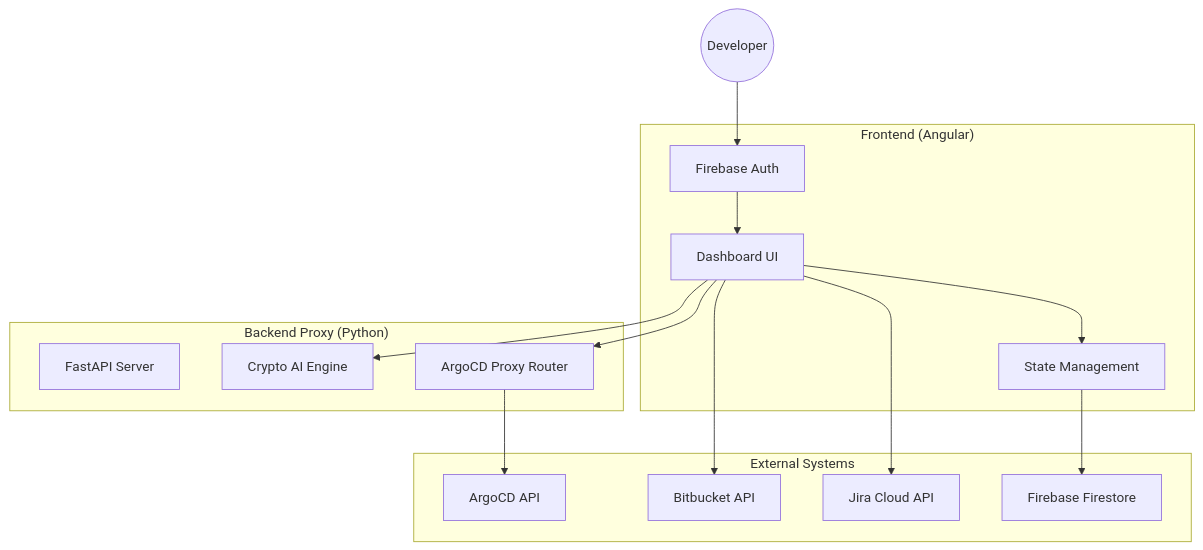
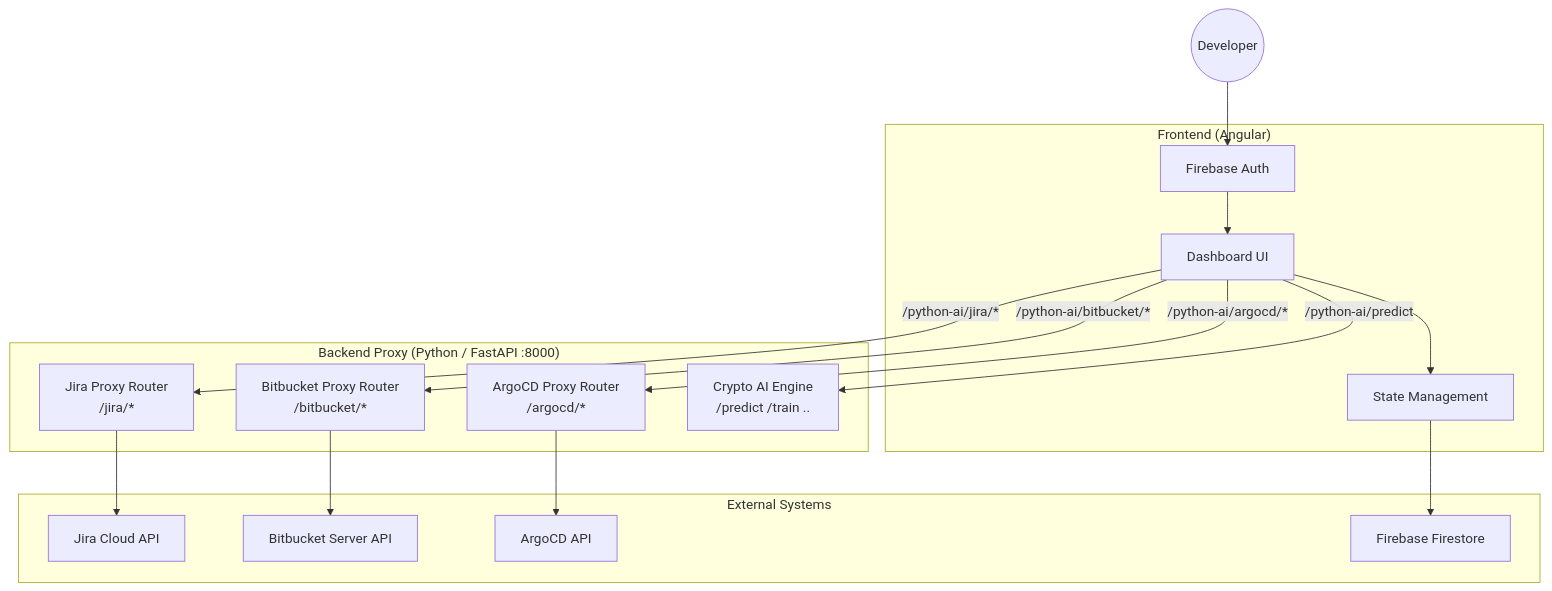
One commit to Sharma-PS-MT/dev-helper changed the diagram in README.md. Above: the diagram before and after it, drawn with Mermaid. The commit also changed other lines of this file and 9 other files, not shown here.

Commit message:
bitbucket and jira moved to python folder

````diff
--- a/README.md
+++ b/README.md
@@ -127,39 +127,39 @@
 ```mermaid
 graph TD
     User((Developer))
     
     subgraph "Frontend (Angular)"
         UI[Dashboard UI]
         Auth[Firebase Auth]
         Store[State Management]
     end
     
-    subgraph "Backend Proxy (Python)"
-        FastAPI[FastAPI Server]
-        ArgoProxy[ArgoCD Proxy Router]
-        AI[Crypto AI Engine]
+    subgraph "Backend Proxy (Python / FastAPI :8000)"
+        ArgoProxy["ArgoCD Proxy Router\n/argocd/*"]
+        JiraProxy["Jira Proxy Router\n/jira/*"]
+        BBProxy["Bitbucket Proxy Router\n/bitbucket/*"]
+        AI["Crypto AI Engine\n/predict /train .."]
     end
 
     subgraph "External Systems"
         Jira[Jira Cloud API]
-        BB[Bitbucket API]
+        BB[Bitbucket Server API]
         Argo[ArgoCD API]
         Firebase[Firebase Firestore]
     end
     
     User --> Auth
     Auth --> UI
     UI --> Store
     Store --> Firebase
     
-    %% Direct API calls (CORS handled by proxy.conf.json or domain config)
-    UI --> Jira
-    UI --> BB
+    %% ALL cross-origin calls are proxied server-side via Python (no browser CORS)
+    UI -- "/python-ai/jira/*" --> JiraProxy
+    UI -- "/python-ai/bitbucket/*" --> BBProxy
+    UI -- "/python-ai/argocd/*" --> ArgoProxy
+    UI -- "/python-ai/predict" --> AI
     
-    %% Proxied calls (CORS handled by Python backend)
-    UI --> ArgoProxy
+    JiraProxy --> Jira
+    BBProxy --> BB
     ArgoProxy --> Argo
-    
-    %% Prediction service
-    UI --> AI
 ```
````
